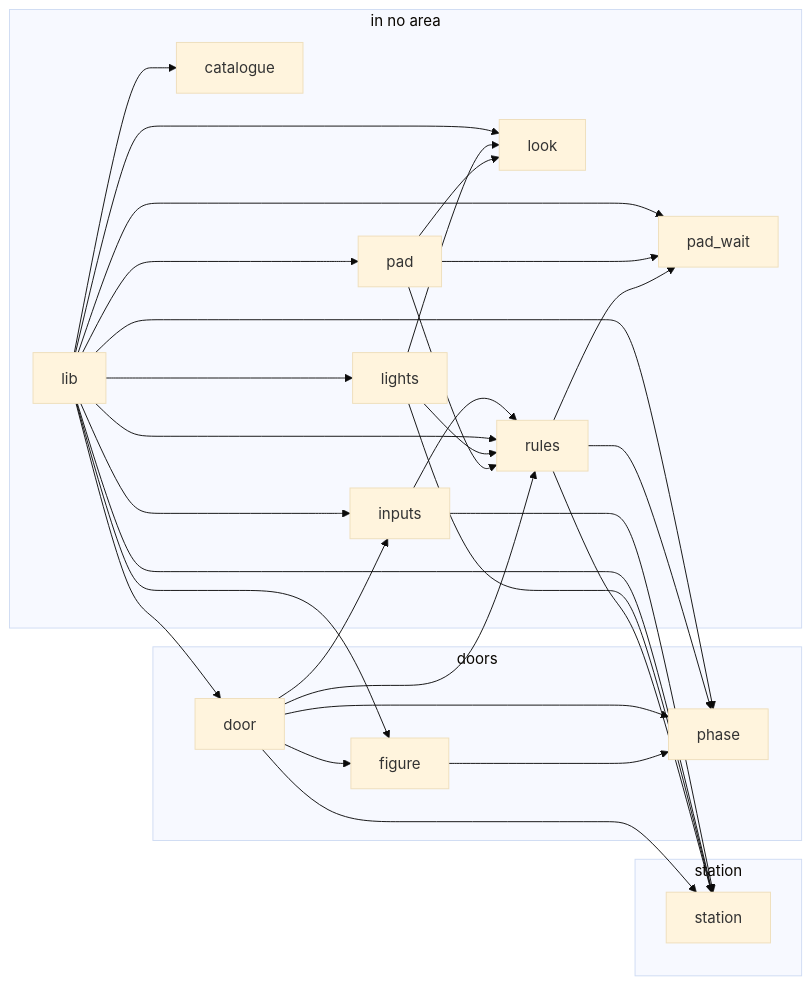
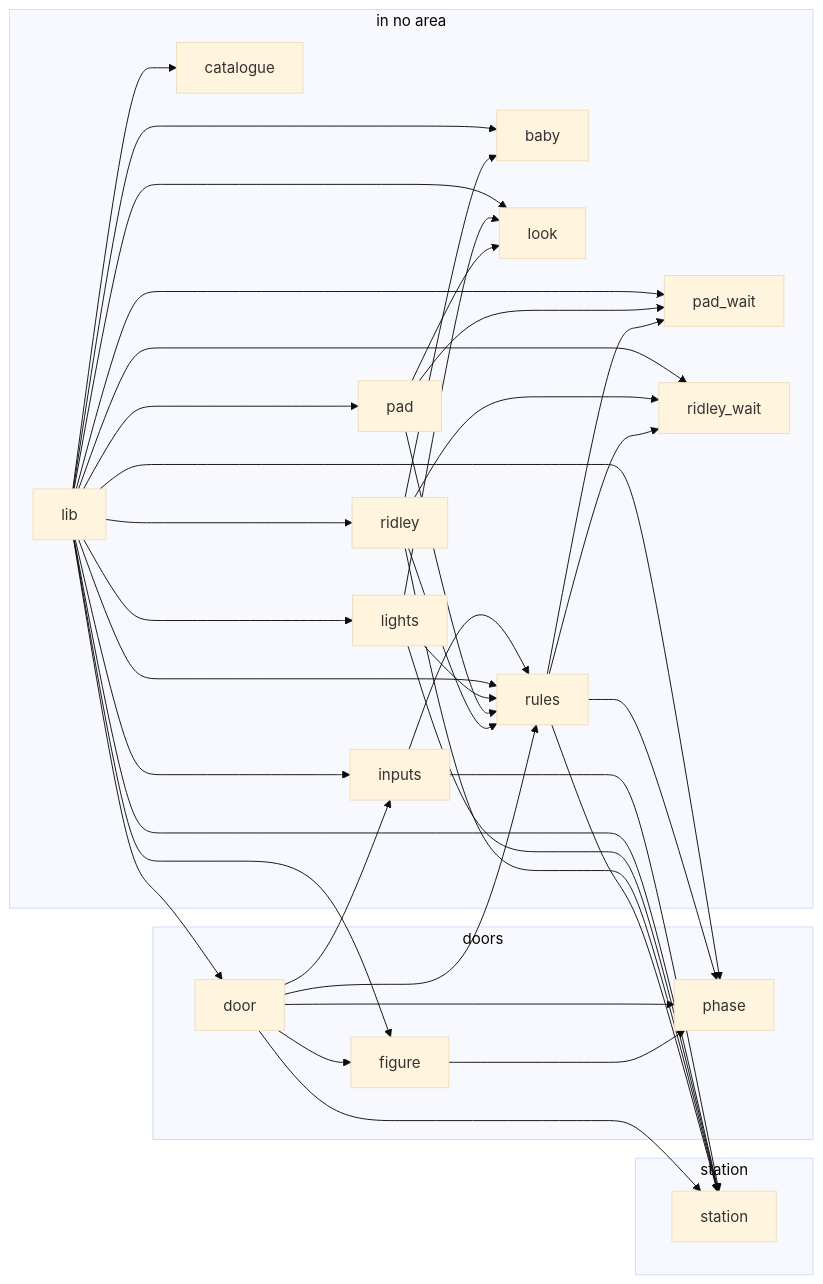
Before and after one commit to JimLundin/sm-decomp: diagram 12 of 18 in docs/REPORT.md, drawn with Mermaid (base theme). The commit also changed other lines of this file and 40 other files, not shown here.

````diff
--- a/docs/REPORT.md
+++ b/docs/REPORT.md
@@ -1978,49 +2006,60 @@
 ```mermaid
 graph LR
   subgraph a_in_no_area["in no area"]
+    m_baby["baby"]
     m_catalogue["catalogue"]
     m_inputs["inputs"]
     m_lib["lib"]
     m_lights["lights"]
     m_look["look"]
     m_pad["pad"]
     m_pad_wait["pad_wait"]
+    m_ridley["ridley"]
+    m_ridley_wait["ridley_wait"]
     m_rules["rules"]
   end
   subgraph a_doors["doors"]
     m_door["door"]
     m_figure["figure"]
     m_phase["phase"]
   end
   subgraph a_station["station"]
     m_station["station"]
   end
   m_door --> m_figure
   m_door --> m_inputs
   m_door --> m_phase
   m_door --> m_rules
   m_door --> m_station
   m_figure --> m_phase
   m_inputs --> m_rules
   m_inputs --> m_station
+  m_lib --> m_baby
   m_lib --> m_catalogue
   m_lib --> m_door
   m_lib --> m_figure
   m_lib --> m_inputs
   m_lib --> m_lights
   m_lib --> m_look
   m_lib --> m_pad
   m_lib --> m_pad_wait
   m_lib --> m_phase
+  m_lib --> m_ridley
+  m_lib --> m_ridley_wait
   m_lib --> m_rules
   m_lib --> m_station
   m_lights --> m_look
   m_lights --> m_rules
   m_lights --> m_station
   m_pad --> m_look
   m_pad --> m_pad_wait
   m_pad --> m_rules
+  m_ridley --> m_baby
+  m_ridley --> m_ridley_wait
+  m_ridley --> m_rules
+  m_ridley --> m_station
   m_rules --> m_pad_wait
   m_rules --> m_phase
+  m_rules --> m_ridley_wait
   m_rules --> m_station
 ```
````
